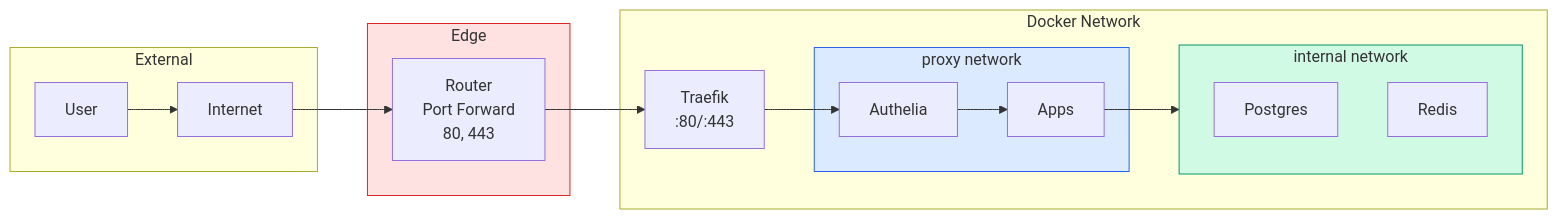
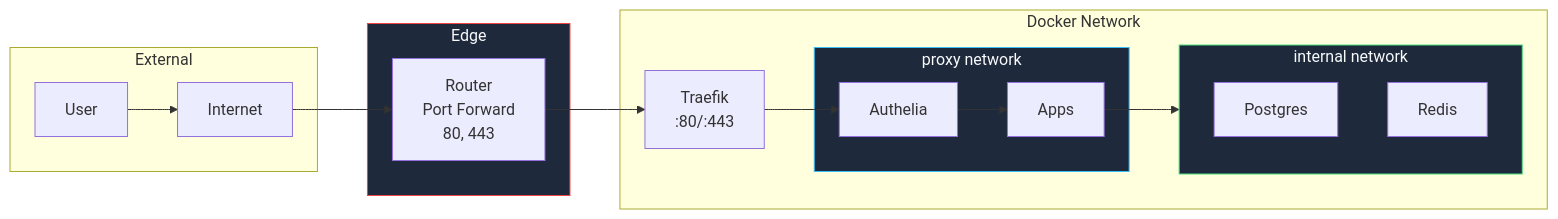
The second of 2 diagrams in stackkits/kits/base-homelab.mdx (KombiverseLabs/docs), drawn with Mermaid before and after one commit. The commit also changed other lines of this file and 33 other files, not shown here.

````diff
--- a/stackkits/kits/base-homelab.mdx
+++ b/stackkits/kits/base-homelab.mdx
@@ -241,36 +241,36 @@
 ```mermaid
 graph LR
     subgraph External["External"]
         User["User"]
         Internet["Internet"]
     end
     
     subgraph Edge["Edge"]
         Router["Router<br/>Port Forward<br/>80, 443"]
     end
     
     subgraph Docker["Docker Network"]
         Traefik["Traefik<br/>:80/:443"]
         
         subgraph Proxy["proxy network"]
             Authelia["Authelia"]
             Apps["Apps"]
         end
         
         subgraph Internal["internal network"]
             DB["Postgres"]
             Redis["Redis"]
         end
     end
     
     User --> Internet
     Internet --> Router
     Router --> Traefik
     Traefik --> Authelia
     Authelia --> Apps
     Apps --> Internal
     
-    style Edge fill:#fee2e2,stroke:#dc2626
-    style Proxy fill:#dbeafe,stroke:#2563eb
-    style Internal fill:#d1fae5,stroke:#059669
+    style Edge fill:#1e293b,stroke:#ef4444,color:#f8fafc
+    style Proxy fill:#1e293b,stroke:#38bdf8,color:#f8fafc
+    style Internal fill:#1e293b,stroke:#4ade80,color:#f8fafc
 ```
````
